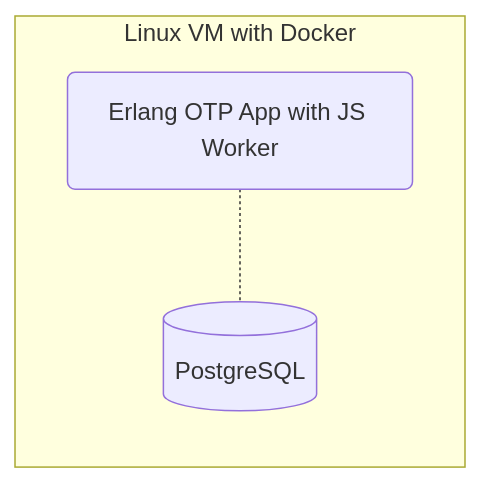
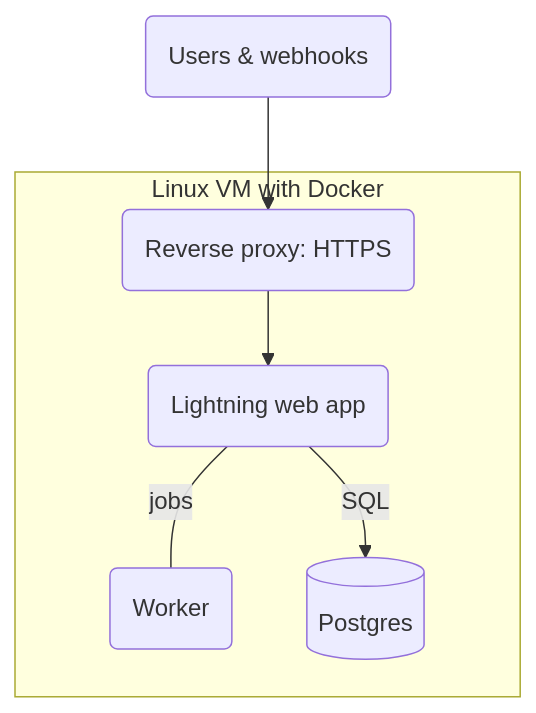
The first of 4 diagrams in docs/deploy/requirements.md (OpenFn/docs), drawn with Mermaid before and after one commit. The commit also changed other lines of this file and 4 other files, not shown here.

````diff
--- a/docs/deploy/requirements.md
+++ b/docs/deploy/requirements.md
@@ -109,9 +150,9 @@
 ```mermaid
 flowchart TB
-  subgraph "Linux VM with Docker"
-    ex1-.-db1
-    direction TB
-    ex1(Erlang OTP App with JS Worker)
-    db1[(PostgreSQL)]
+  users(Users & webhooks) --> px1
+  subgraph vm1["Linux VM with Docker"]
+    px1(Reverse proxy: HTTPS) --> ex1
+    ex1(Lightning web app) -- jobs --- w1(Worker)
+    ex1 -- SQL --> db1[(Postgres)]
   end
 ```
````
